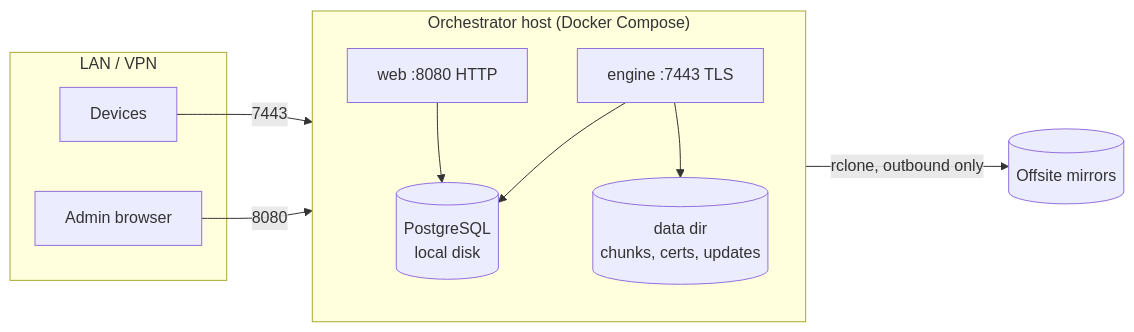
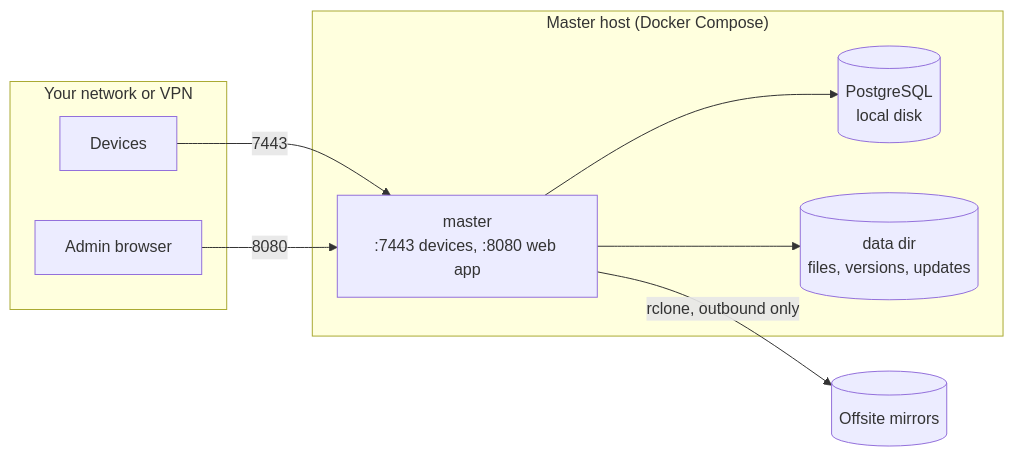
Before and after one commit to jameelhamdan/fafnirx: the diagram in docs/deployment.md, drawn with Mermaid. The commit also changed other lines of this file and 221 other files, not shown here.

````diff
--- a/docs/deployment.md
+++ b/docs/deployment.md
@@ -7,21 +3,18 @@
 ```mermaid
 flowchart LR
-    subgraph LAN["LAN / VPN"]
+    subgraph NET["Your network or VPN"]
         DEV["Devices"]
         ADM["Admin browser"]
     end
-    subgraph HOST["Orchestrator host (Docker Compose)"]
-        direction TB
-        ENG["engine :7443 TLS"]
-        WEB["web :8080 HTTP"]
+    subgraph HOST["Master host (Docker Compose)"]
+        M["master<br/>:7443 devices, :8080 web app"]
         PG[("PostgreSQL<br/>local disk")]
-        DATA[("data dir<br/>chunks, certs, updates")]
-        ENG --> PG
-        WEB --> PG
-        ENG --> DATA
+        DATA[("data dir<br/>files, versions, updates")]
+        M --> PG
+        M --> DATA
     end
     OFF[("Offsite mirrors")]
-    DEV -- "7443" --> ENG
-    ADM -- "8080" --> WEB
-    ENG -- "rclone, outbound only" --> OFF
+    DEV -- "7443" --> M
+    ADM -- "8080" --> M
+    M -- "rclone, outbound only" --> OFF
 ```
````
